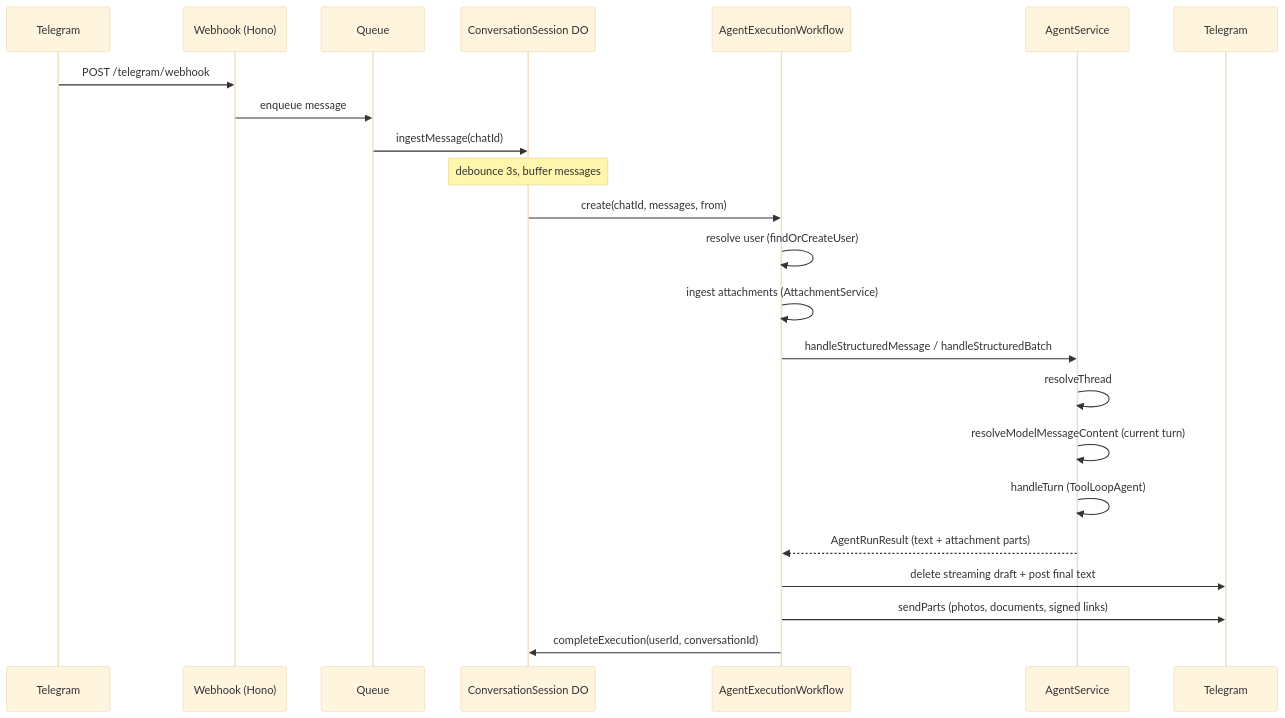
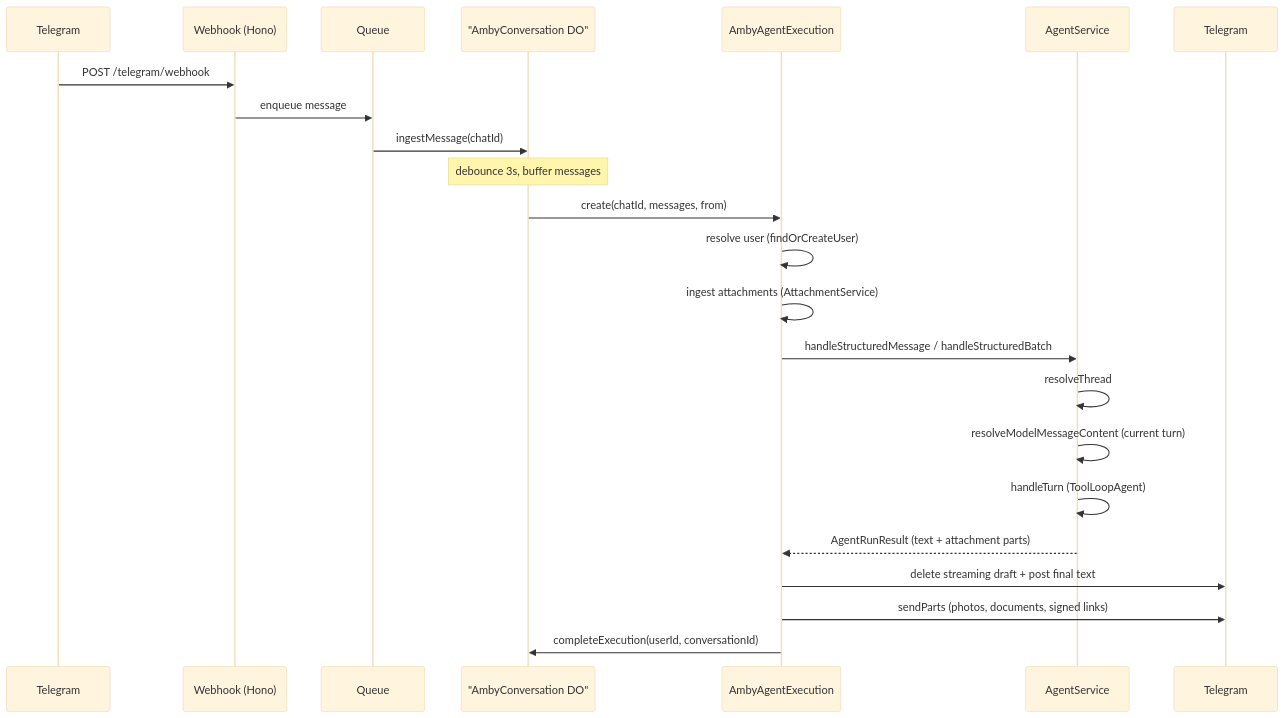
Before and after one commit to punitarani/amby: the first of 4 diagrams in docs/RUNTIME.md, drawn with Mermaid (base theme). The commit also changed other lines of this file and 17 other files, not shown here.

````diff
--- a/docs/RUNTIME.md
+++ b/docs/RUNTIME.md
@@ -7,26 +7,26 @@
 ```mermaid
 sequenceDiagram
     participant TG as Telegram
     participant WH as Webhook (Hono)
     participant Q as Queue
-    participant DO as ConversationSession DO
-    participant WF as AgentExecutionWorkflow
+    participant DO as "AmbyConversation DO"
+    participant WF as AmbyAgentExecution
     participant AG as AgentService
     participant TG2 as Telegram
 
     TG->>WH: POST /telegram/webhook
     WH->>Q: enqueue message
     Q->>DO: ingestMessage(chatId)
     Note over DO: debounce 3s, buffer messages
     DO->>WF: create(chatId, messages, from)
     WF->>WF: resolve user (findOrCreateUser)
     WF->>WF: ingest attachments (AttachmentService)
     WF->>AG: handleStructuredMessage / handleStructuredBatch
     AG->>AG: resolveThread
     AG->>AG: resolveModelMessageContent (current turn)
     AG->>AG: handleTurn (ToolLoopAgent)
     AG-->>WF: AgentRunResult (text + attachment parts)
     WF->>TG2: delete streaming draft + post final text
     WF->>TG2: sendParts (photos, documents, signed links)
     WF->>DO: completeExecution(userId, conversationId)
 ```
````
